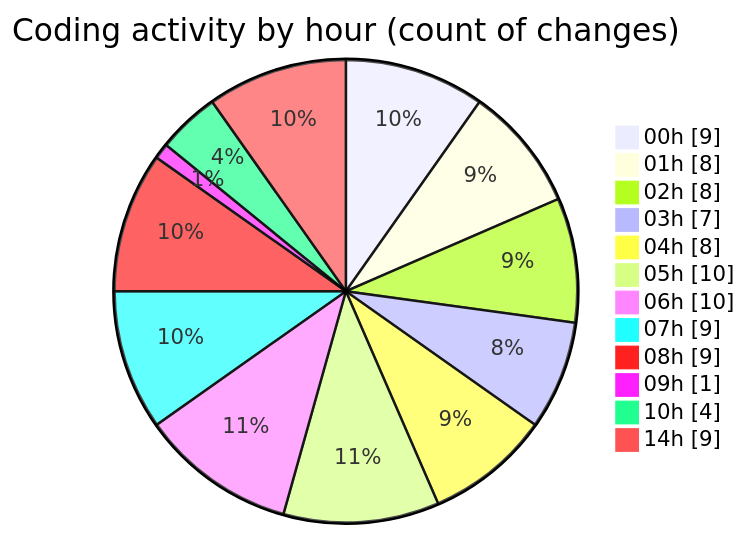
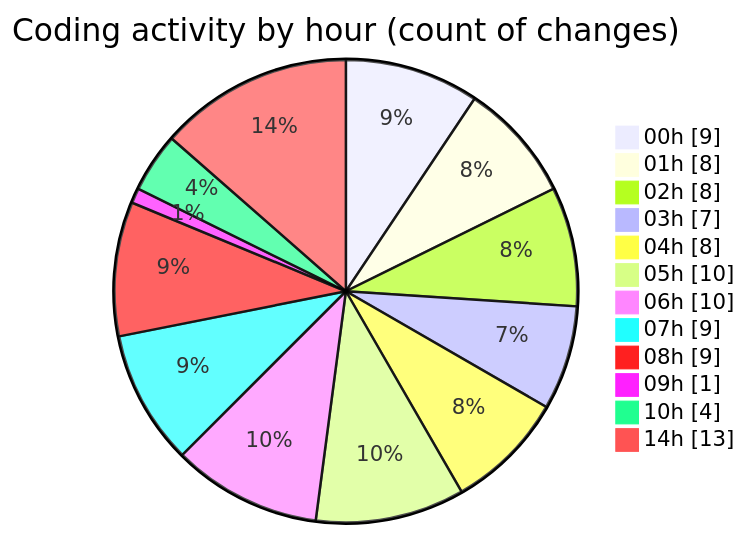
The second of 2 diagrams in 2025-07-14/telebot/README.md (jrari/code-tracking), drawn with Mermaid before and after one commit. The commit also changed other lines of this file and 1 other file, not shown here.

````diff
--- a/2025-07-14/telebot/README.md
+++ b/2025-07-14/telebot/README.md
@@ -64,16 +65,16 @@
 ```mermaid
 pie showData
 title Coding activity by hour (count of changes)
 "00h" : 9
 "01h" : 8
 "02h" : 8
 "03h" : 7
 "04h" : 8
 "05h" : 10
 "06h" : 10
 "07h" : 9
 "08h" : 9
 "09h" : 1
 "10h" : 4
-"14h" : 9
+"14h" : 13
 ```
````
